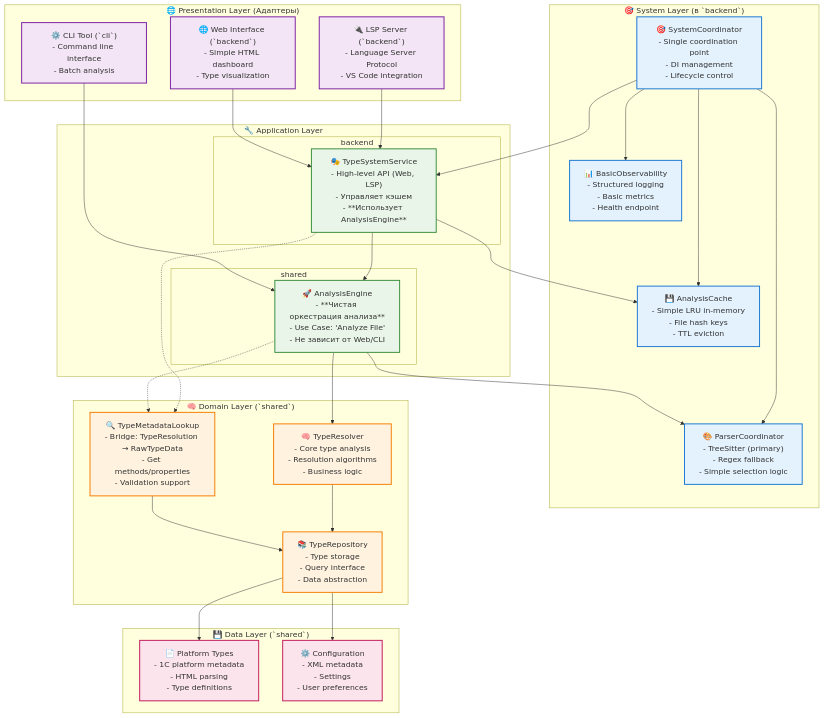
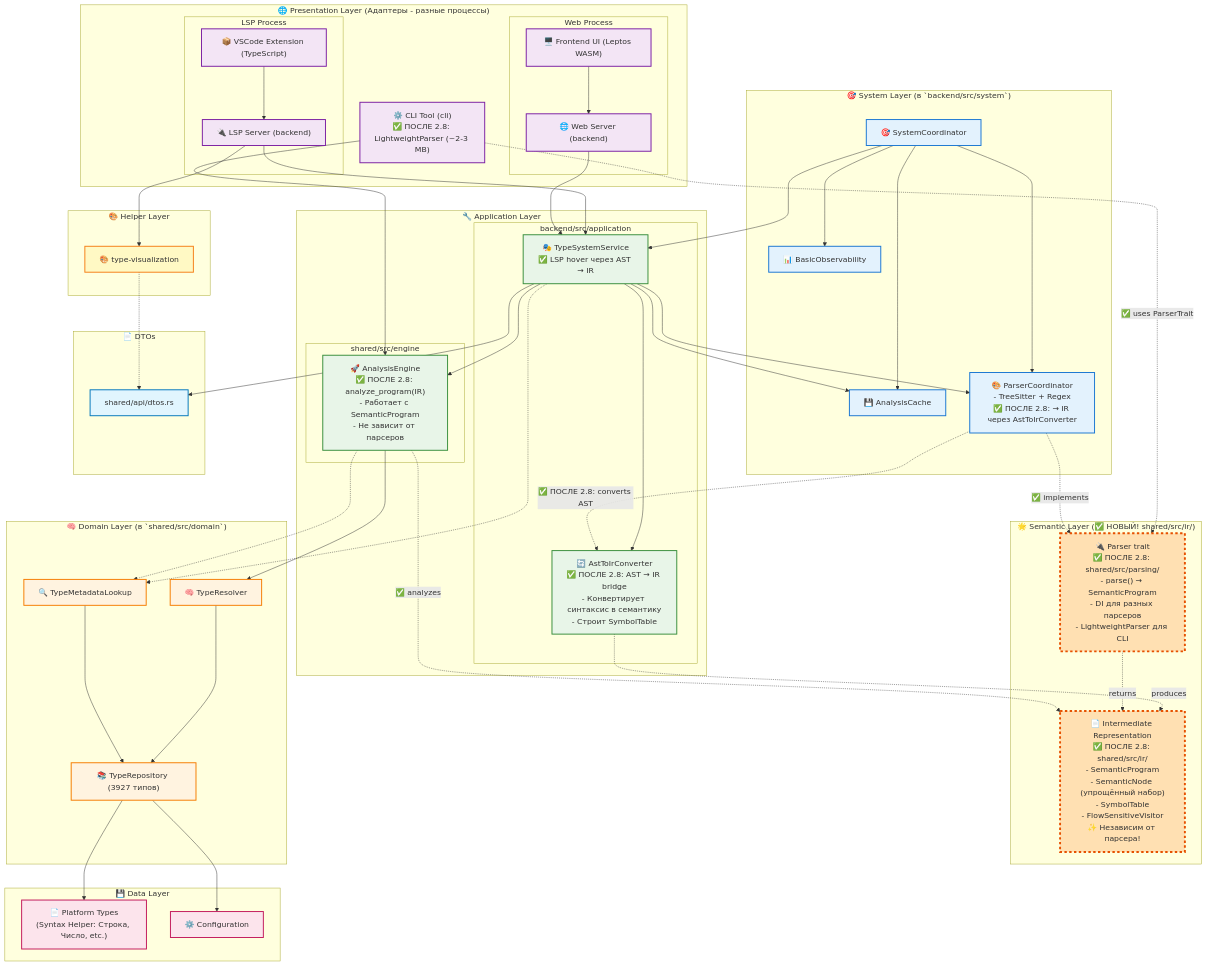
One commit to defin85/bsl-gradual-types changed the diagram in CLAUDE.md. Above: the diagram before and after it, drawn with Mermaid. The commit also changed other lines of this file and 57 other files, not shown here.

First line of the commit message:
Implement Intermediate Representation (IR) for BSL

````diff
--- a/CLAUDE.md
+++ b/CLAUDE.md
@@ -403,82 +468,125 @@
 ```mermaid
 graph TB
-    subgraph "🎯 System Layer (в `backend`)"
-        SystemCoordinator["🎯 SystemCoordinator<br/>- Single coordination point<br/>- DI management<br/>- Lifecycle control"]
-        
-        AnalysisCache["💾 AnalysisCache<br/>- Simple LRU in-memory<br/>- File hash keys<br/>- TTL eviction"]
-        
-        ParserCoordinator["🎨 ParserCoordinator<br/>- TreeSitter (primary)<br/>- Regex fallback<br/>- Simple selection logic"]
-        
-        BasicObservability["📊 BasicObservability<br/>- Structured logging<br/>- Basic metrics<br/>- Health endpoint"]
+    subgraph "🎯 System Layer (в `backend/src/system`)"
+        SystemCoordinator["🎯 SystemCoordinator"]
+        AnalysisCache["💾 AnalysisCache"]
+        ParserCoordinator["🎨 ParserCoordinator<br/>- TreeSitter + Regex<br/>✅ ПОСЛЕ 2.8: → IR через AstToIrConverter"]
+        BasicObservability["📊 BasicObservability"]
     end
 
-    subgraph "🌐 Presentation Layer (Адаптеры)"
-        LSPServer["🔌 LSP Server (`backend`)<br/>- Language Server Protocol<br/>- VS Code integration"]
+    subgraph "🌐 Presentation Layer (Адаптеры - разные процессы)"
+        subgraph "LSP Process"
+            LSPServer["🔌 LSP Server (backend)"]
+            VSCode["📦 VSCode Extension (TypeScript)"]
+        end
 
-        WebInterface["🌐 Web Interface (`backend`)<br/>- Simple HTML dashboard<br/>- Type visualization"]
+        subgraph "Web Process"
+            WebServer["🌐 Web Server (backend)"]
+            Frontend["🖥️ Frontend UI (Leptos WASM)"]
+        end
 
-        CLITool["⚙️ CLI Tool (`cli`)<br/>- Command line interface<br/>- Batch analysis"]
+        CLITool["⚙️ CLI Tool (cli)<br/>✅ ПОСЛЕ 2.8: LightweightParser (~2-3 MB)"]
     end
 
-    subgraph "🔧 Application Layer" 
-        subgraph "`backend`"
-            TypeSystemService["🎭 TypeSystemService<br/>- High-level API (Web, LSP)<br/>- Управляет кэшем<br/>- **Использует AnalysisEngine**"]
+    subgraph "🎨 Helper Layer"
+        TypeViz["🎨 type-visualization"]
+    end
+
+    subgraph "🔧 Application Layer"
+        subgraph "`backend/src/application`"
+            TypeSystemService["🎭 TypeSystemService<br/>✅ LSP hover через AST → IR"]
+            AstToIr["🔄 AstToIrConverter<br/>✅ ПОСЛЕ 2.8: AST → IR bridge<br/>- Конвертирует синтаксис в семантику<br/>- Строит SymbolTable"]
         end
-        subgraph "`shared`"
-            AnalysisEngine["🚀 AnalysisEngine<br/>- **Чистая оркестрация анализа**<br/>- Use Case: 'Analyze File'<br/>- Не зависит от Web/CLI"]
+        subgraph "`shared/src/engine`"
+            AnalysisEngine["🚀 AnalysisEngine<br/>✅ ПОСЛЕ 2.8: analyze_program(IR)<br/>- Работает с SemanticProgram<br/>- Не зависит от парсеров"]
         end
     end
 
-    subgraph "🧠 Domain Layer (`shared`)"
-        TypeResolver["🧠 TypeResolver<br/>- Core type analysis<br/>- Resolution algorithms<br/>- Business logic"]
+    subgraph "🌟 Semantic Layer (✅ НОВЫЙ! shared/src/ir/)"
+        IR["📄 Intermediate Representation<br/>✅ ПОСЛЕ 2.8: shared/src/ir/<br/>- SemanticProgram<br/>- SemanticNode (упрощённый набор)<br/>- SymbolTable<br/>- FlowSensitiveVisitor<br/>✨ Независим от парсера!"]
 
-        TypeMetadataLookup["🔍 TypeMetadataLookup<br/>- Bridge: TypeResolution → RawTypeData<br/>- Get methods/properties<br/>- Validation support"]
-
-        TypeRepository["📚 TypeRepository<br/>- Type storage<br/>- Query interface<br/>- Data abstraction"]
+        ParserTrait["🔌 Parser trait<br/>✅ ПОСЛЕ 2.8: shared/src/parsing/<br/>- parse() → SemanticProgram<br/>- DI для разных парсеров<br/>- LightweightParser для CLI"]
     end
 
-    subgraph "💾 Data Layer (`shared`)"
-        PlatformTypes["📄 Platform Types<br/>- 1C platform metadata<br/>- HTML parsing<br/>- Type definitions"]
-
-        ConfigData["⚙️ Configuration<br/>- XML metadata<br/>- Settings<br/>- User preferences"]
+    subgraph "🧠 Domain Layer (в `shared/src/domain`)"
+        TypeResolver["🧠 TypeResolver"]
+        TypeMetadataLookup["🔍 TypeMetadataLookup"]
+        TypeRepository["📚 TypeRepository (3927 типов)"]
     end
 
-    %% Flow
+    subgraph "💾 Data Layer"
+        PlatformTypes["📄 Platform Types<br/>(Syntax Helper: Строка, Число, etc.)"]
+        ConfigData["⚙️ Configuration"]
+    end
+
+    subgraph "📄 DTOs"
+        DTOs["shared/api/dtos.rs"]
+    end
+
+    %% System coordination
     SystemCoordinator --> AnalysisCache
     SystemCoordinator --> ParserCoordinator
     SystemCoordinator --> BasicObservability
     SystemCoordinator --> TypeSystemService
 
+    %% Presentation → Application
     LSPServer --> TypeSystemService
-    WebInterface --> TypeSystemService
+    WebServer --> TypeSystemService
+    VSCode --> LSPServer
+    Frontend --> WebServer
+    CLITool --> AnalysisEngine
 
+    %% Helper layer
+    LSPServer --> TypeViz
+    TypeViz -.-> DTOs
+
+    %% Application → Semantic Layer (КЛЮЧЕВОЕ ИЗМЕНЕНИЕ 2.8)
     TypeSystemService --> AnalysisEngine
-    TypeSystemService --> AnalysisCache
+    TypeSystemService --> AstToIr
+    TypeSystemService --> ParserCoordinator
 
-    CLITool --> AnalysisEngine
-    
+    ParserCoordinator -.->|"✅ ПОСЛЕ 2.8: converts AST"| AstToIr
+    AstToIr -.->|"produces"| IR
+
+    %% CLI использует Parser trait (Dependency Injection)
+    CLITool -.->|"✅ uses ParserTrait"| ParserTrait
+    ParserTrait -.->|"returns"| IR
+
+    %% ParserCoordinator implements Parser trait
+    ParserCoordinator -.->|"✅ implements"| ParserTrait
+
+    %% AnalysisEngine работает с IR
+    AnalysisEngine -.->|"✅ analyzes"| IR
     AnalysisEngine --> TypeResolver
-    AnalysisEngine --> ParserCoordinator
 
+    %% Domain layer
     TypeResolver --> TypeRepository
     TypeMetadataLookup --> TypeRepository
+    TypeSystemService -.-> TypeMetadataLookup
+    AnalysisEngine -.-> TypeMetadataLookup
+
     TypeRepository --> PlatformTypes
     TypeRepository --> ConfigData
 
-    %% TypeMetadataLookup используется для получения методов/свойств
-    TypeSystemService -.-> TypeMetadataLookup
-    AnalysisEngine -.-> TypeMetadataLookup
-    
+    TypeSystemService --> DTOs
+    TypeSystemService --> AnalysisCache
+
     %% Styling
     classDef systemStyle fill:#e3f2fd,stroke:#1976d2,stroke-width:2px
     classDef presentationStyle fill:#f3e5f5,stroke:#7b1fa2,stroke-width:2px
+    classDef helperStyle fill:#fff9c4,stroke:#f57f17,stroke-width:2px
     classDef applicationStyle fill:#e8f5e8,stroke:#388e3c,stroke-width:2px
+    classDef semanticStyle fill:#ffe0b2,stroke:#e65100,stroke-width:4px,stroke-dasharray: 5 5
     classDef domainStyle fill:#fff3e0,stroke:#f57c00,stroke-width:2px
     classDef dataStyle fill:#fce4ec,stroke:#c2185b,stroke-width:2px
+    classDef dtoStyle fill:#e1f5fe,stroke:#0277bd,stroke-width:2px
 
     class SystemCoordinator,AnalysisCache,ParserCoordinator,BasicObservability systemStyle
-    class LSPServer,WebInterface,CLITool presentationStyle
-    class TypeSystemService,AnalysisEngine applicationStyle
+    class LSPServer,WebServer,Frontend,VSCode,CLITool presentationStyle
+    class TypeViz helperStyle
+    class TypeSystemService,AstToIr,AnalysisEngine applicationStyle
+    class IR,ParserTrait semanticStyle
     class TypeResolver,TypeMetadataLookup,TypeRepository domainStyle
     class PlatformTypes,ConfigData dataStyle
+    class DTOs dtoStyle
 ```
````
